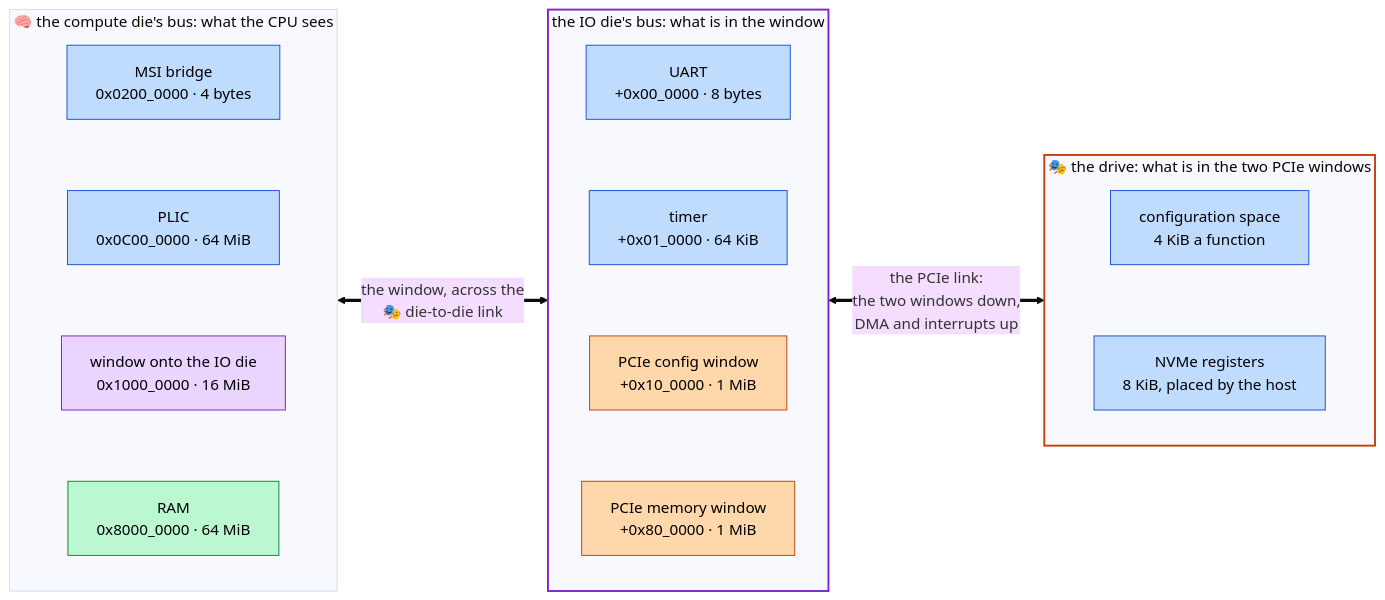
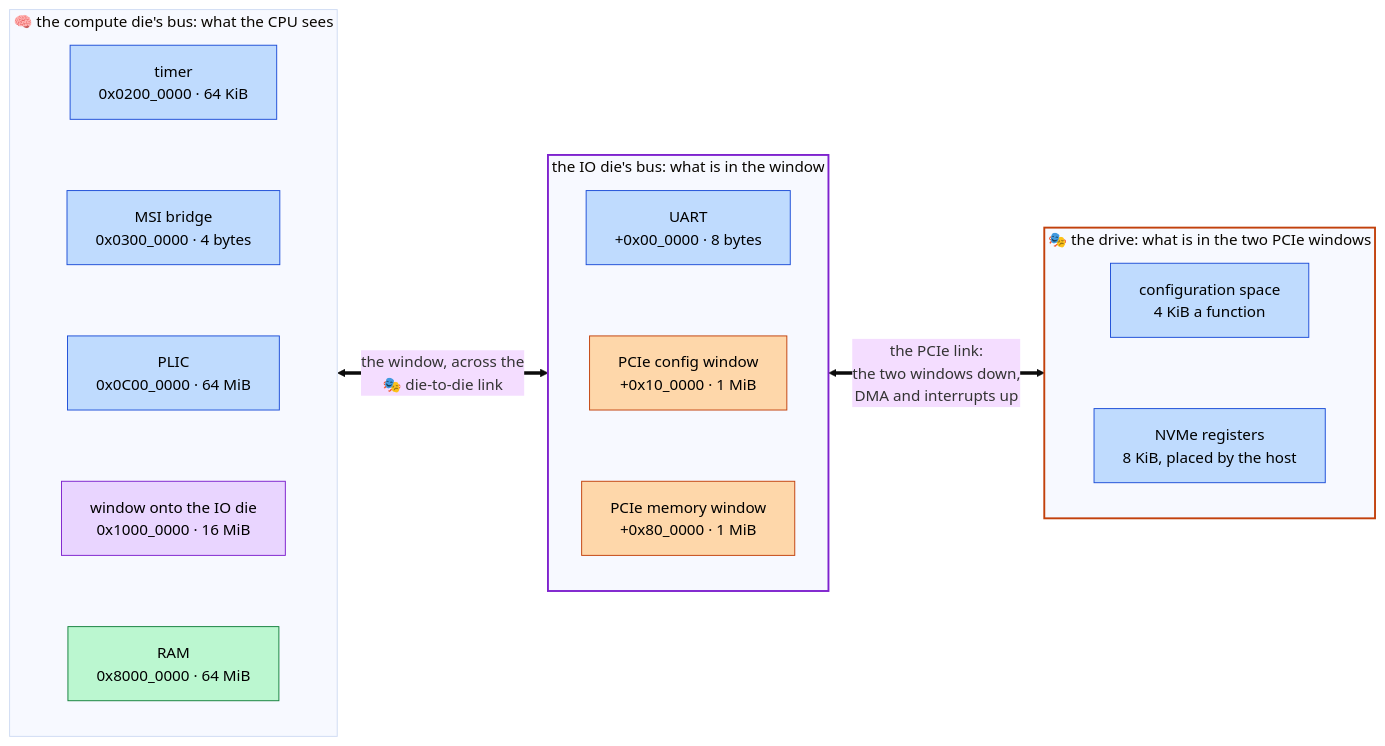
The first of 2 diagrams in docs/address-map.md (cphurley82/socpuppet), drawn with Mermaid (base theme) before and after one commit. The commit also changed other lines of this file and 9 other files, not shown here.

````diff
--- a/docs/address-map.md
+++ b/docs/address-map.md
@@ -29,38 +29,38 @@
 ```mermaid
 flowchart LR
     subgraph compute["🧠 the compute die's bus: what the CPU sees"]
         direction TB
-        msi["MSI&nbsp;bridge<br/>0x0200_0000&nbsp;·&nbsp;4&nbsp;bytes"]
+        timer["timer<br/>0x0200_0000&nbsp;·&nbsp;64&nbsp;KiB"]
+        msi["MSI&nbsp;bridge<br/>0x0300_0000&nbsp;·&nbsp;4&nbsp;bytes"]
         plic["PLIC<br/>0x0C00_0000&nbsp;·&nbsp;64&nbsp;MiB"]
         win["window&nbsp;onto&nbsp;the&nbsp;IO&nbsp;die<br/>0x1000_0000&nbsp;·&nbsp;16&nbsp;MiB"]
         ram["RAM<br/>0x8000_0000&nbsp;·&nbsp;64&nbsp;MiB"]
-        msi ~~~ plic ~~~ win ~~~ ram
+        timer ~~~ msi ~~~ plic ~~~ win ~~~ ram
     end
     subgraph io["the IO die's bus: what is in the window"]
         direction TB
         uart["UART<br/>+0x00_0000&nbsp;·&nbsp;8&nbsp;bytes"]
-        timer["timer<br/>+0x01_0000&nbsp;·&nbsp;64&nbsp;KiB"]
         ecam["PCIe&nbsp;config&nbsp;window<br/>+0x10_0000&nbsp;·&nbsp;1&nbsp;MiB"]
         mmio["PCIe&nbsp;memory&nbsp;window<br/>+0x80_0000&nbsp;·&nbsp;1&nbsp;MiB"]
-        uart ~~~ timer ~~~ ecam ~~~ mmio
+        uart ~~~ ecam ~~~ mmio
     end
     subgraph drive["🎭 the drive: what is in the two PCIe windows"]
         direction TB
         cfg["configuration&nbsp;space<br/>4&nbsp;KiB&nbsp;a&nbsp;function"]
         bar0["NVMe&nbsp;registers<br/>8&nbsp;KiB,&nbsp;placed&nbsp;by&nbsp;the&nbsp;host"]
         cfg ~~~ bar0
     end
     compute <== "the window, across the<br/>🎭 die-to-die link" ==> io
     io <== "the PCIe link:<br/>the two windows down,<br/>DMA and interrupts up" ==> drive
 
     classDef memory fill:#bbf7d0,stroke:#15803d,color:#000
     classDef device fill:#bfdbfe,stroke:#1d4ed8,color:#000
     classDef window fill:#e9d5ff,stroke:#7e22ce,color:#000
     classDef pcie fill:#fed7aa,stroke:#c2410c,color:#000
     class ram memory
     class msi,plic,uart,timer,cfg,bar0 device
     class win window
     class ecam,mmio pcie
     style io stroke:#7e22ce,stroke-width:2px
     style drive stroke:#c2410c,stroke-width:2px
 ```
````
